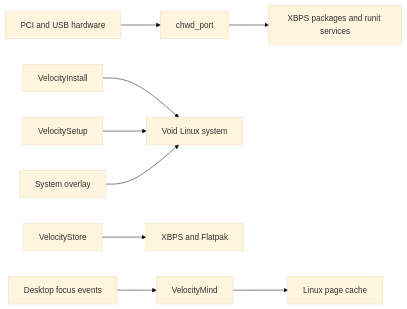
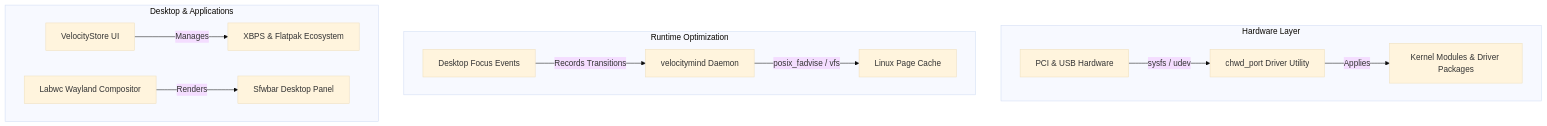
One commit to amandeavor/Aetheris-OS changed the diagram in README.md. Above: the diagram before and after it, drawn with Mermaid (base theme). The commit also changed other lines of this file, not shown here.

Commit message:
docs: elevate README with architecture diagrams, subsystem matrix, and verification table

````diff
--- a/README.md
+++ b/README.md
@@ -55,11 +83,17 @@
 ```mermaid
-flowchart LR
-    hardware[PCI and USB hardware] --> chwd[chwd_port]
-    chwd --> packages[XBPS packages and runit services]
-    installer[VelocityInstall] --> system[Void Linux system]
-    setup[VelocitySetup] --> system
-    store[VelocityStore] --> xbps[XBPS and Flatpak]
-    focus[Desktop focus events] --> mind[VelocityMind]
-    mind --> cache[Linux page cache]
-    config[System overlay] --> system
+flowchart TD
+    subgraph Hardware Layer
+        HW[PCI & USB Hardware] -->|sysfs / udev| CHWD[chwd_port Driver Utility]
+        CHWD -->|Applies| DRV[Kernel Modules & Driver Packages]
+    end
+
+    subgraph Runtime Optimization
+        EV[Desktop Focus Events] -->|Records Transitions| VM[velocitymind Daemon]
+        VM -->|posix_fadvise / vfs| CACHE[Linux Page Cache]
+    end
+
+    subgraph Desktop & Applications
+        STORE[VelocityStore UI] -->|Manages| XBPS[XBPS & Flatpak Ecosystem]
+        COMP[Labwc Wayland Compositor] -->|Renders| SHELL[Sfwbar Desktop Panel]
+    end
 ```
````
